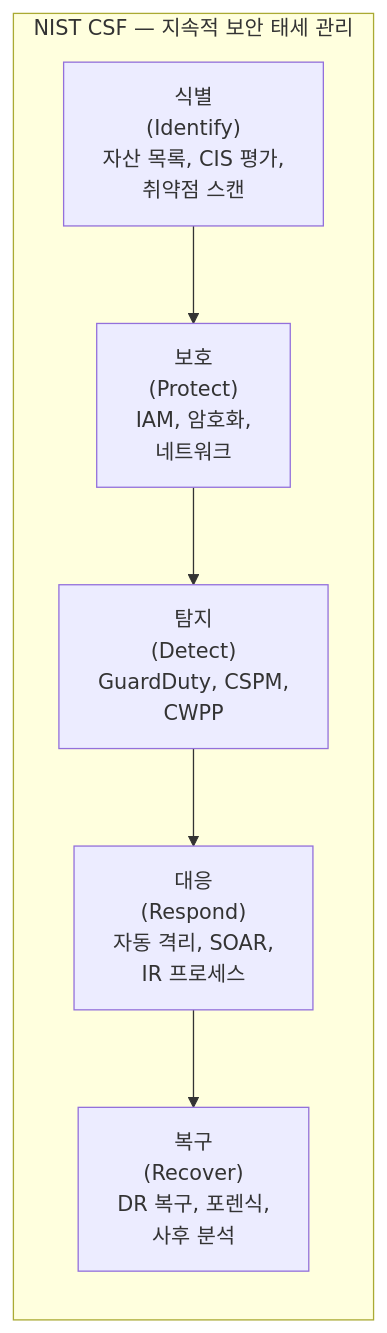
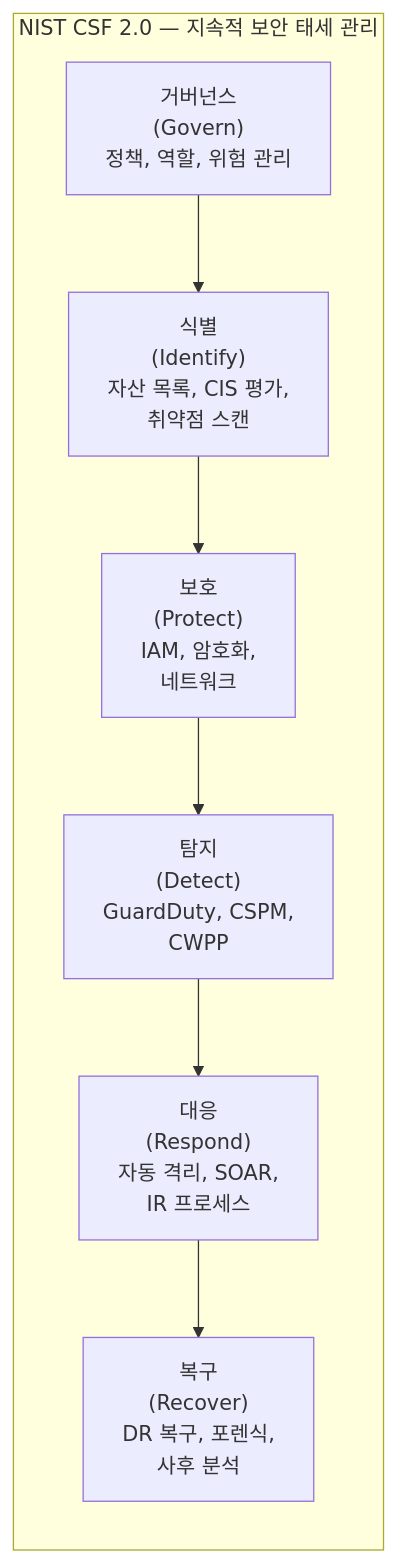
Before and after one commit to cloudpickr/cloudpick-docs: the diagram in security/security-posture.md, drawn with Mermaid. The commit also changed other lines of this file and 4 other files, not shown here.

````diff
--- a/security/security-posture.md
+++ b/security/security-posture.md
@@ -134,9 +134,10 @@
 ```mermaid
 graph LR
-    subgraph "NIST CSF — 지속적 보안 태세 관리"
-        A["식별<br/>(Identify)<br/>자산 목록, CIS 평가,<br/>취약점 스캔"] --> B["보호<br/>(Protect)<br/>IAM, 암호화,<br/>네트워크"]
-        B --> C["탐지<br/>(Detect)<br/>GuardDuty, CSPM,<br/>CWPP"]
-        C --> D["대응<br/>(Respond)<br/>자동 격리, SOAR,<br/>IR 프로세스"]
-        D --> E["복구<br/>(Recover)<br/>DR 복구, 포렌식,<br/>사후 분석"]
+    subgraph "NIST CSF 2.0 — 지속적 보안 태세 관리"
+        A["거버넌스<br/>(Govern)<br/>정책, 역할, 위험 관리"] --> B["식별<br/>(Identify)<br/>자산 목록, CIS 평가,<br/>취약점 스캔"]
+        B --> C["보호<br/>(Protect)<br/>IAM, 암호화,<br/>네트워크"]
+        C --> D["탐지<br/>(Detect)<br/>GuardDuty, CSPM,<br/>CWPP"]
+        D --> E["대응<br/>(Respond)<br/>자동 격리, SOAR,<br/>IR 프로세스"]
+        E --> F["복구<br/>(Recover)<br/>DR 복구, 포렌식,<br/>사후 분석"]
     end
 ```
````
